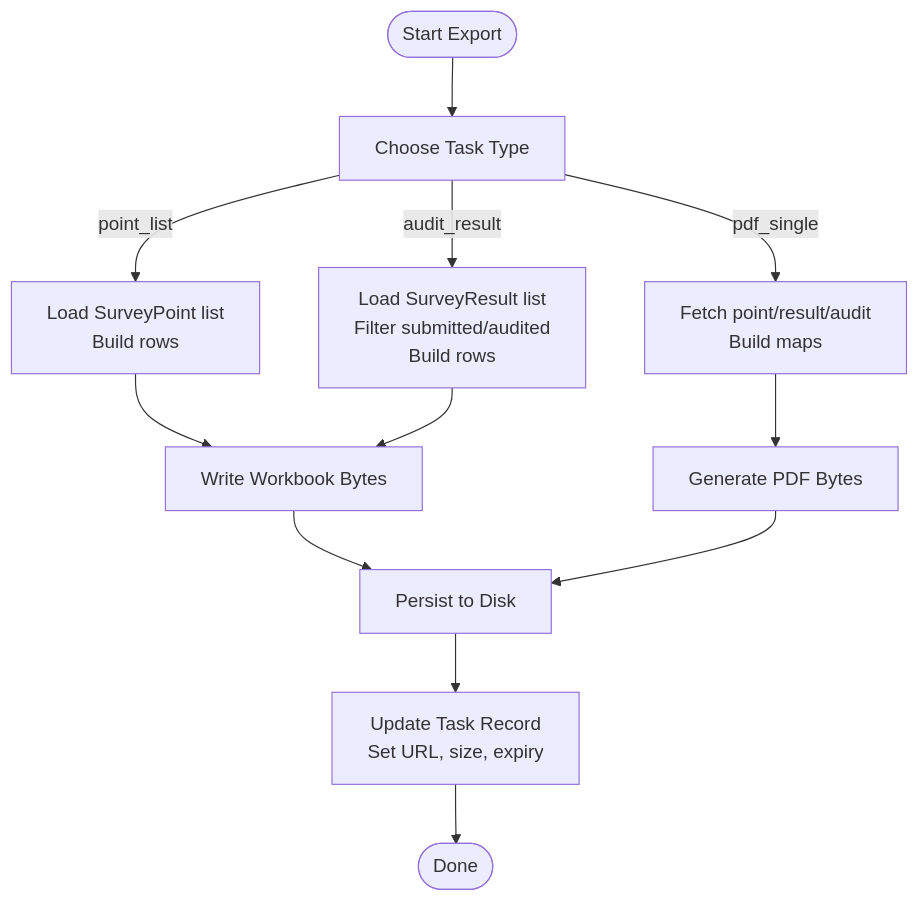
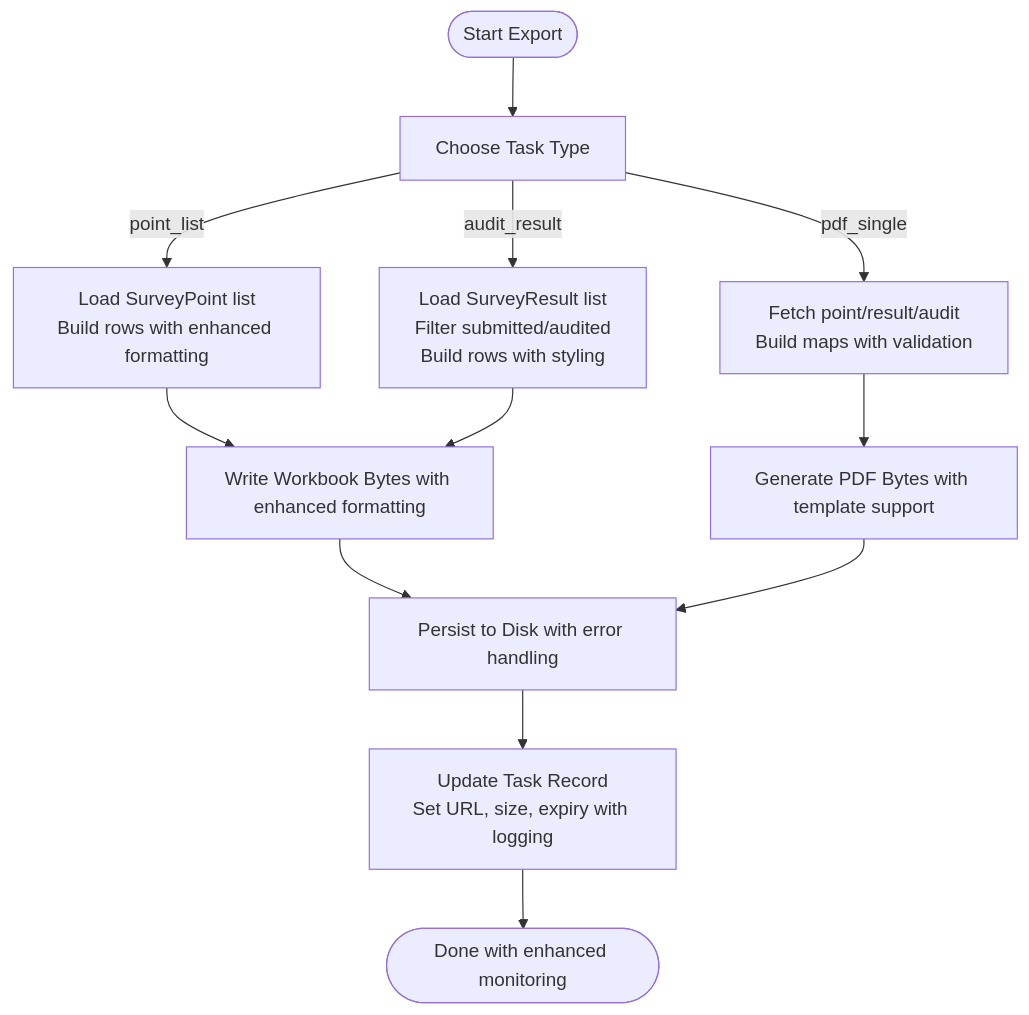
One commit to bo961386926/Survey-App changed the fourth of 10 diagrams in .qoder/repowiki/en/content/Export & Reporting/Export & Reporting.md. Above: the diagram before and after it, drawn with Mermaid. The commit also changed other lines of this file and 25 other files, not shown here.

````diff
--- a/.qoder/repowiki/en/content/Export & Reporting/Export & Reporting.md
+++ b/.qoder/repowiki/en/content/Export & Reporting/Export & Reporting.md
@@ -210,14 +282,14 @@
 ```mermaid
 flowchart TD
 Start(["Start Export"]) --> Choose["Choose Task Type"]
-Choose --> |point_list| BuildPoints["Load SurveyPoint list<br/>Build rows"]
-Choose --> |audit_result| BuildResults["Load SurveyResult list<br/>Filter submitted/audited<br/>Build rows"]
-Choose --> |pdf_single| FetchData["Fetch point/result/audit<br/>Build maps"]
-BuildPoints --> WriteXlsx["Write Workbook Bytes"]
+Choose --> |point_list| BuildPoints["Load SurveyPoint list<br/>Build rows with enhanced formatting"]
+Choose --> |audit_result| BuildResults["Load SurveyResult list<br/>Filter submitted/audited<br/>Build rows with styling"]
+Choose --> |pdf_single| FetchData["Fetch point/result/audit<br/>Build maps with validation"]
+BuildPoints --> WriteXlsx["Write Workbook Bytes with enhanced formatting"]
 BuildResults --> WriteXlsx
-FetchData --> GenPdf["Generate PDF Bytes"]
-WriteXlsx --> Persist["Persist to Disk"]
+FetchData --> GenPdf["Generate PDF Bytes with template support"]
+WriteXlsx --> Persist["Persist to Disk with error handling"]
 GenPdf --> Persist
-Persist --> Update["Update Task Record<br/>Set URL, size, expiry"]
-Update --> End(["Done"])
+Persist --> Update["Update Task Record<br/>Set URL, size, expiry with logging"]
+Update --> End(["Done with enhanced monitoring"])
 ```
````
